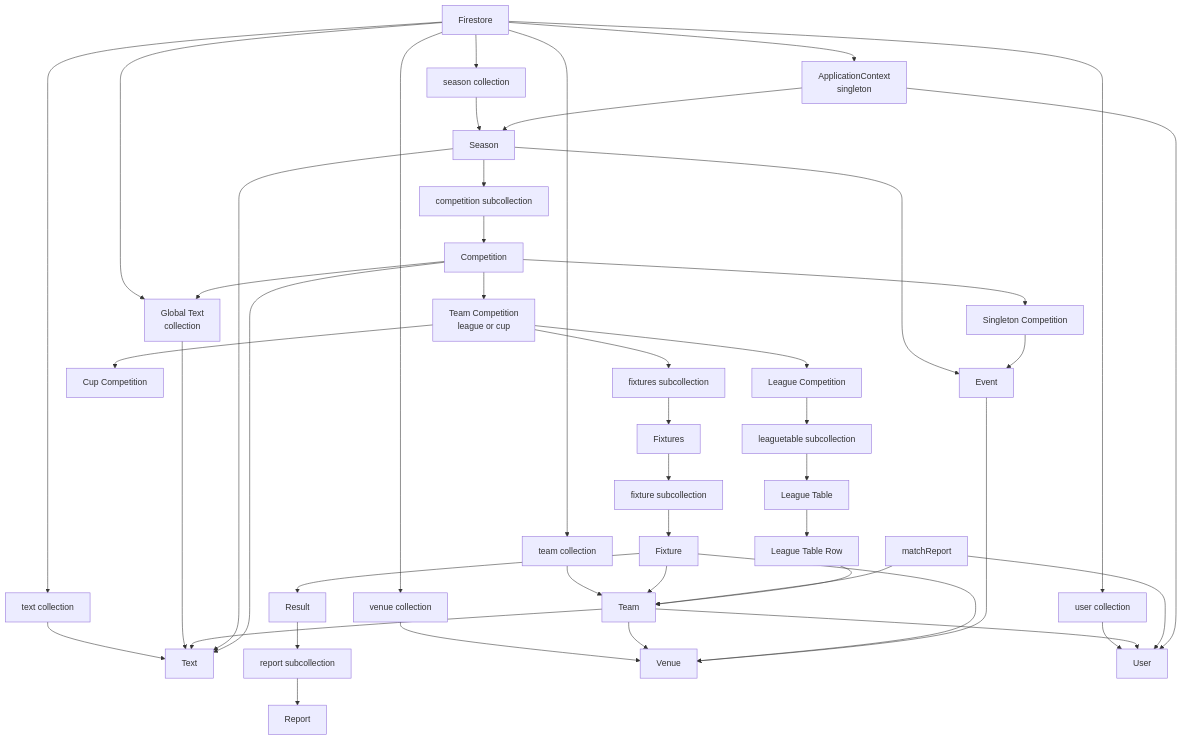
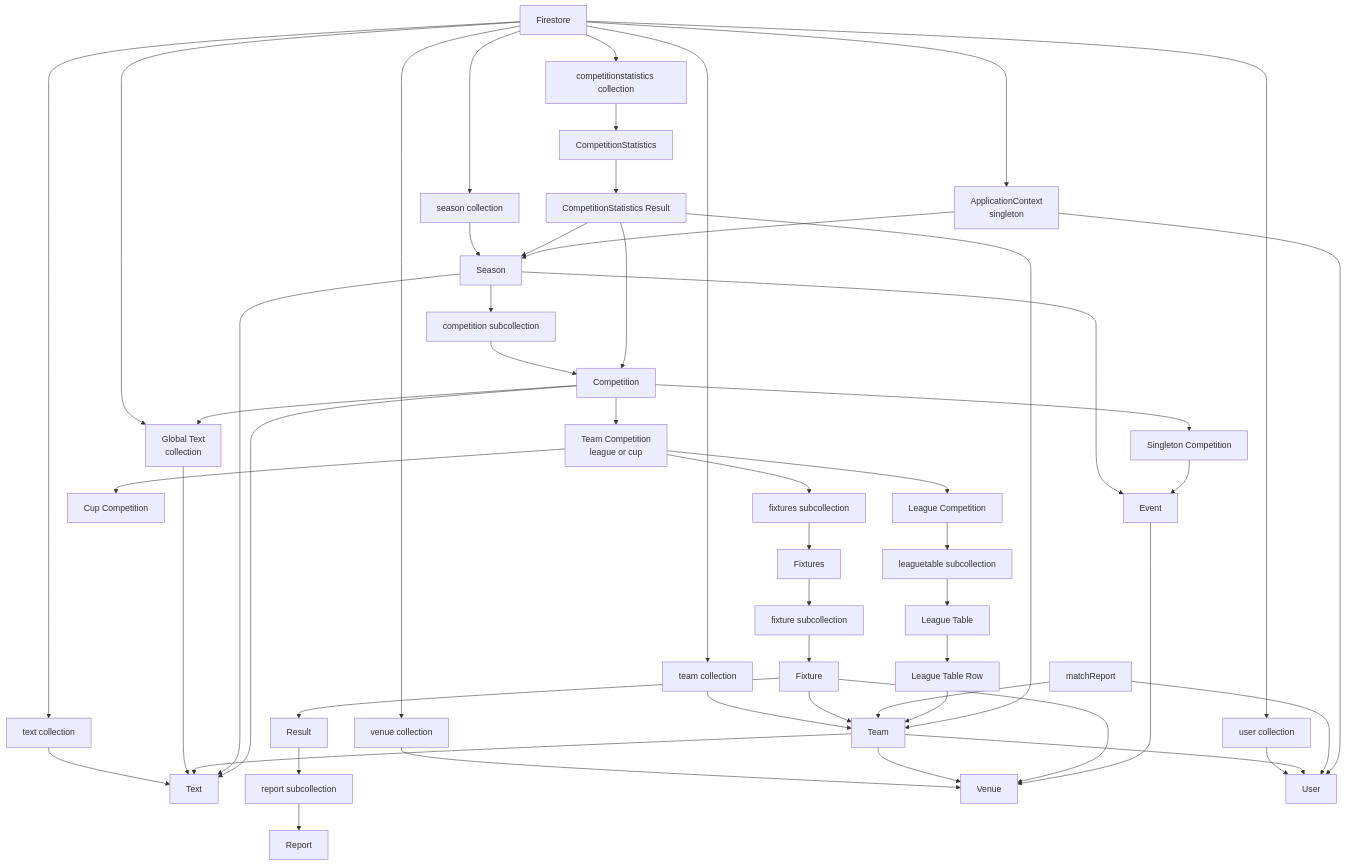
The diagram in data-model.md (gumdrop/vue3-monorepo), drawn with Mermaid before and after one commit. The commit also changed other lines of this file and 14 other files, not shown here.

Commit message:
Add competition statistics maintenance editor

```diff
--- a/data-model.md
+++ b/data-model.md
@@ -41,6 +41,9 @@
   venue["Venue"]
   userCollection["user collection"]
   user["User"]
+  competitionStatisticsCollection["competitionstatistics collection"]
+  competitionStatistics["CompetitionStatistics"]
+  competitionStatisticsResult["CompetitionStatistics Result"]
 
   firestore --> applicationContext
   firestore --> globalText
@@ -74,6 +77,9 @@
   venueCollection --> venue
   firestore --> userCollection
   userCollection --> user
+  firestore --> competitionStatisticsCollection
+  competitionStatisticsCollection --> competitionStatistics
+  competitionStatistics --> competitionStatisticsResult
 
   team --> venue
   team --> user
@@ -86,6 +92,9 @@
   matchReport --> team
   event --> venue
   leagueTableRow --> team
+  competitionStatisticsResult --> competition
+  competitionStatisticsResult --> season
+  competitionStatisticsResult --> team
   applicationContext --> season
   applicationContext --> user
   competition --> globalText
```
